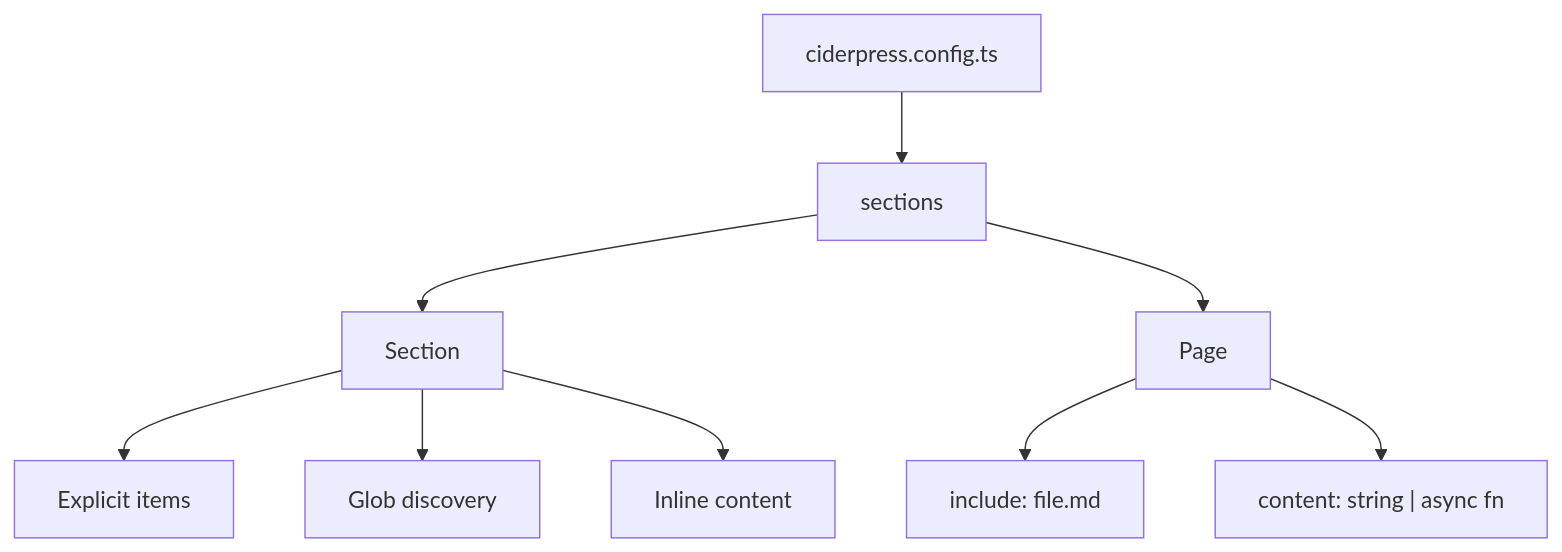
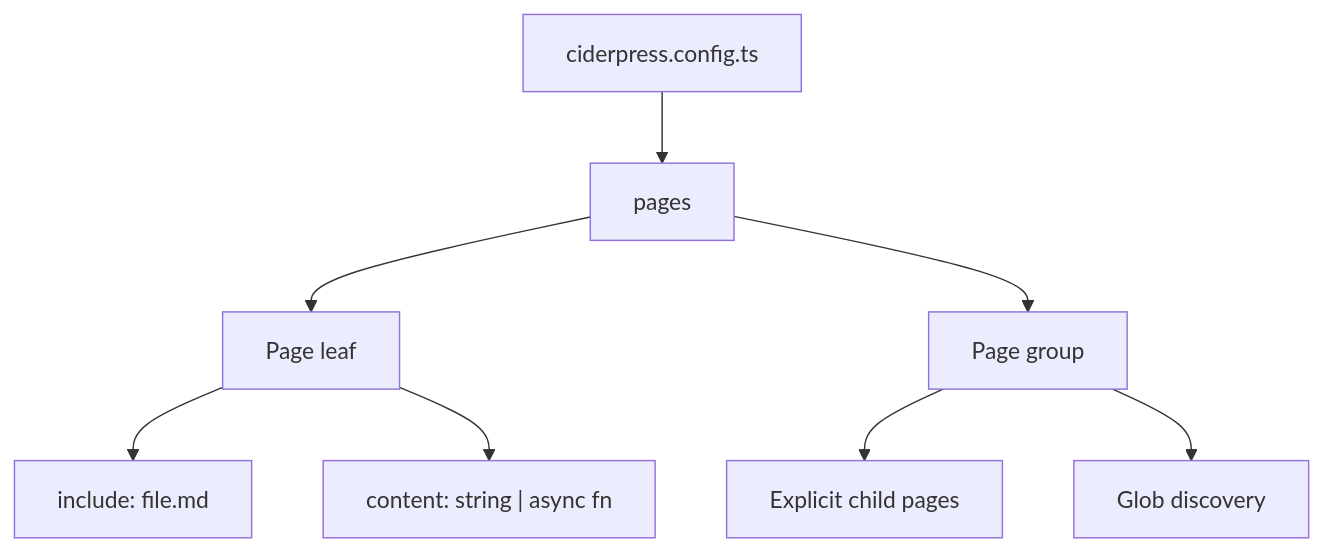
Before and after one commit to thebytefarm/ciderpress: the diagram in docs/concepts/content.md, drawn with Mermaid. The commit also changed other lines of this file and 77 other files, not shown here.

````diff
--- a/docs/concepts/content.md
+++ b/docs/concepts/content.md
@@ -12,11 +12,10 @@
 ```mermaid
 flowchart TD
-    A[ciderpress.config.ts] --> B[sections]
-    B --> C[Section]
-    B --> D[Page]
-    C --> E[Explicit items]
-    C --> F[Glob discovery]
-    C --> G[Inline content]
-    D --> H[include: file.md]
-    D --> I["content: string | async fn"]
+    A[ciderpress.config.ts] --> B[pages]
+    B --> C[Page leaf]
+    B --> D[Page group]
+    D --> E[Explicit child pages]
+    D --> F[Glob discovery]
+    C --> H[include: file.md]
+    C --> I["content: string | async fn"]
 ```
````
